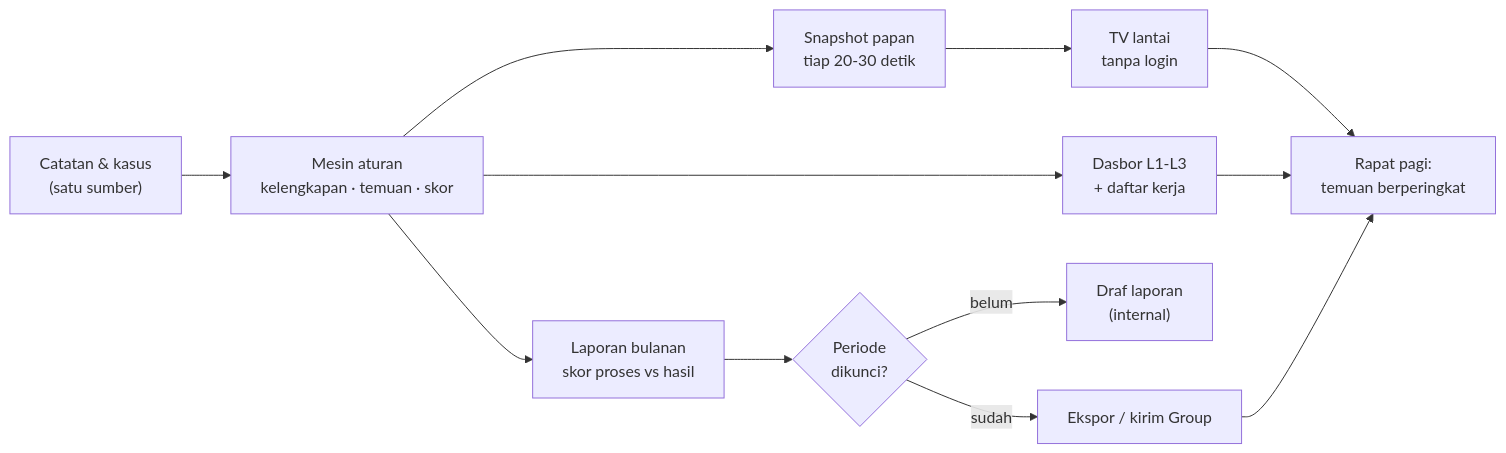
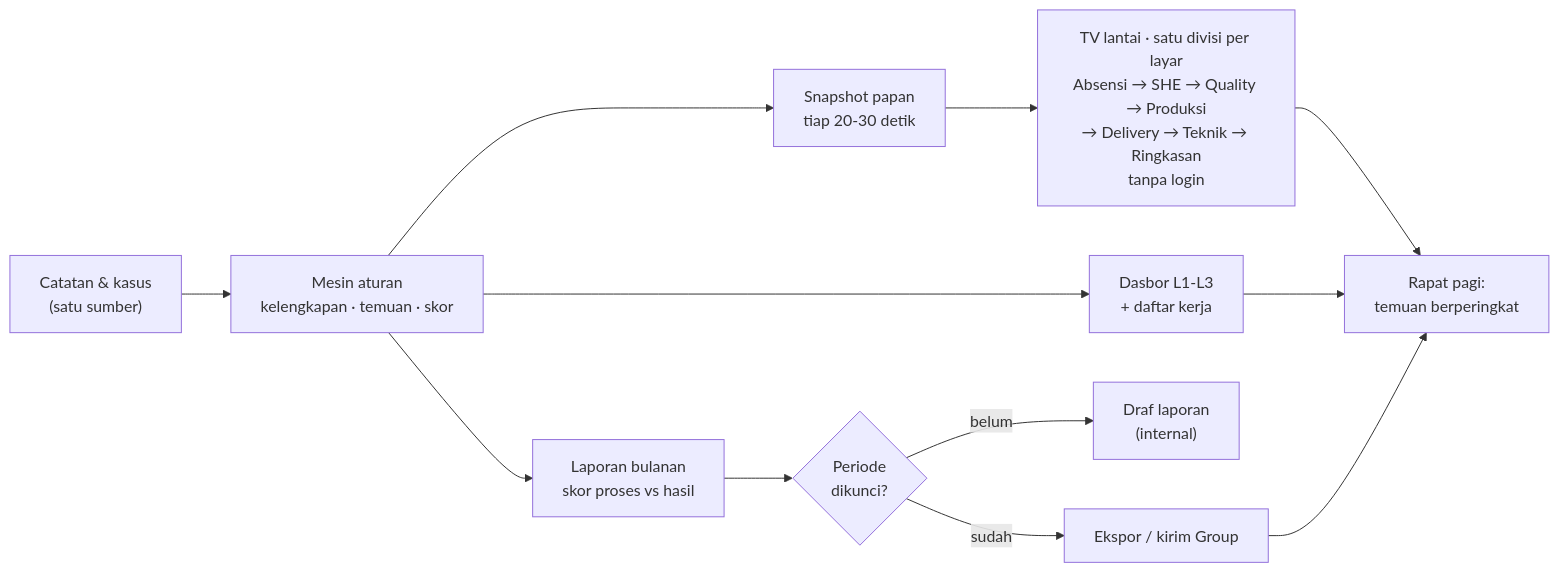
The ninth of 10 diagrams in docs/laporan/rancangan/03-ALUR-SISTEM.md (GalaxyDust/DailyMonitoringSystem_App), drawn with Mermaid before and after one commit. The commit also changed other lines of this file and 17 other files, not shown here.

First line of the commit message:
TV satu divisi per layar, absensi di awal, QR satu pintu, dan sinkron Excel otomatis

````diff
--- a/docs/laporan/rancangan/03-ALUR-SISTEM.md
+++ b/docs/laporan/rancangan/03-ALUR-SISTEM.md
@@ -308,14 +309,14 @@
 ```mermaid
 flowchart LR
     A["Catatan & kasus<br/>(satu sumber)"] --> B["Mesin aturan<br/>kelengkapan · temuan · skor"]
     B --> C["Snapshot papan<br/>tiap 20-30 detik"]
-    C --> D["TV lantai<br/>tanpa login"]
+    C --> D["TV lantai · satu divisi per layar<br/>Absensi → SHE → Quality → Produksi<br/>→ Delivery → Teknik → Ringkasan<br/>tanpa login"]
     B --> E["Dasbor L1-L3<br/>+ daftar kerja"]
     B --> F["Laporan bulanan<br/>skor proses vs hasil"]
     F --> G{"Periode<br/>dikunci?"}
     G -- belum --> H["Draf laporan<br/>(internal)"]
     G -- sudah --> I["Ekspor / kirim Group"]
     D --> J["Rapat pagi:<br/>temuan berperingkat"]
     E --> J
     I --> J
 ```
````
